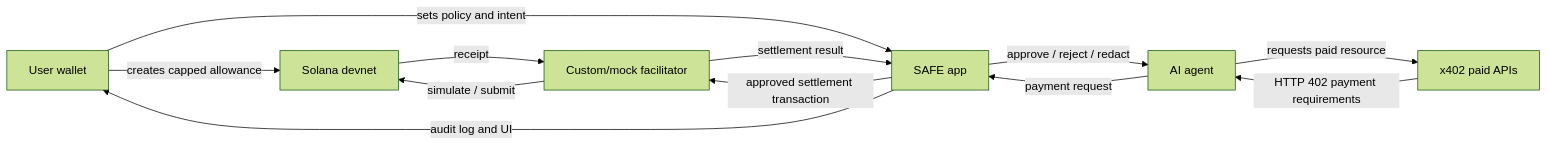
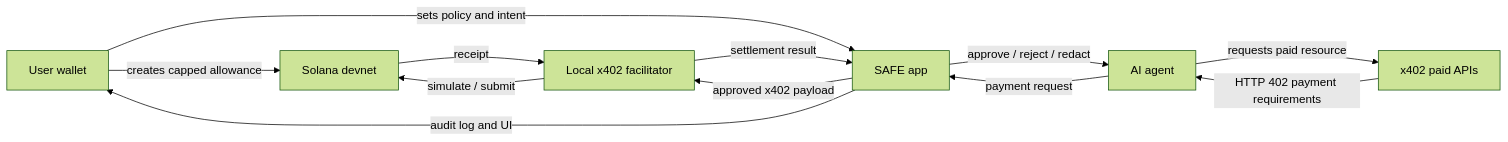
The first of 10 diagrams in architecture.md (Marcussy34/SAFE), drawn with Mermaid (forest theme) before and after one commit. The commit also changed other lines of this file and 27 other files, not shown here.

Commit message:
Update environment configuration, enhance documentation, and improve UI components for wallet-based allowance setup. Added local x402 facilitator support and refined payment flow diagrams. Adjusted styles for better visual consistency across the dashboard.

````diff
--- a/architecture.md
+++ b/architecture.md
@@ -35,14 +36,14 @@
 ```mermaid
 flowchart LR
   User[User wallet] -->|creates capped allowance| Solana[Solana devnet]
   User -->|sets policy and intent| SAFE[SAFE app]
   Agent[AI agent] -->|requests paid resource| PaidAPI[x402 paid APIs]
   PaidAPI -->|HTTP 402 payment requirements| Agent
   Agent -->|payment request| SAFE
   SAFE -->|approve / reject / redact| Agent
-  SAFE -->|approved settlement transaction| Facilitator[Custom/mock facilitator]
+  SAFE -->|approved x402 payload| Facilitator[Local x402 facilitator]
   Facilitator -->|simulate / submit| Solana
   Solana -->|receipt| Facilitator
   Facilitator -->|settlement result| SAFE
   SAFE -->|audit log and UI| User
 ```
````
